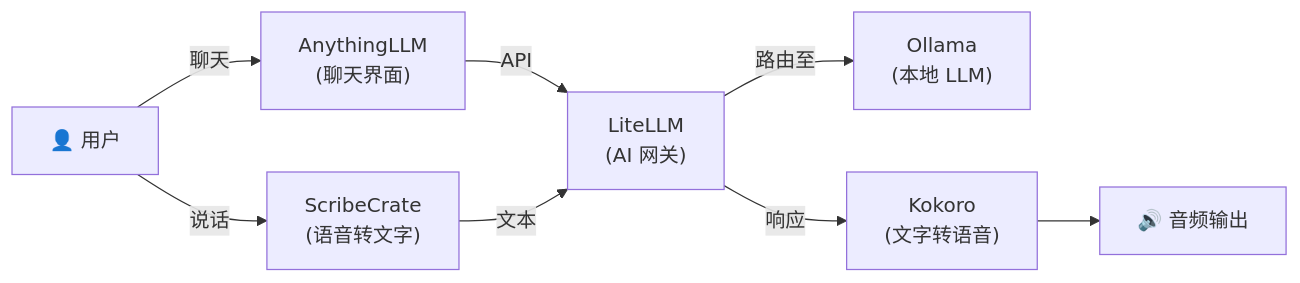
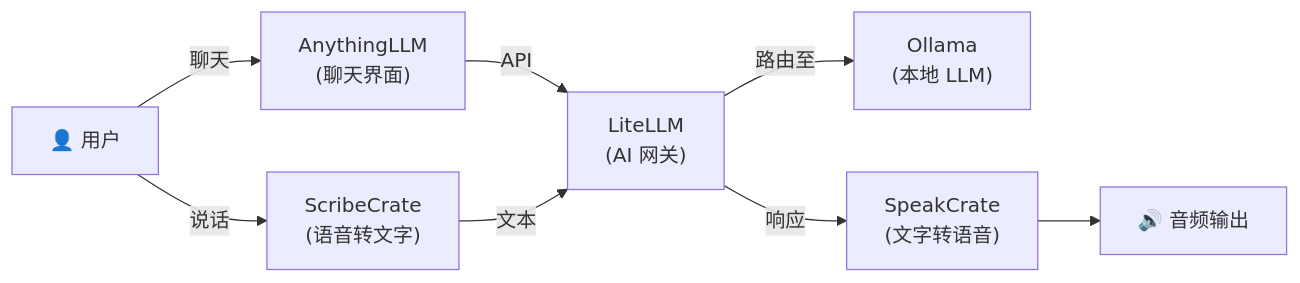
The diagram in stacks/voice-chat/README-zh.md (hwdsl2/self-hosted-ai-stack), drawn with Mermaid before and after one commit. The commit also changed other lines of this file and 26 other files, not shown here.

````diff
--- a/stacks/voice-chat/README-zh.md
+++ b/stacks/voice-chat/README-zh.md
@@ -17,10 +17,10 @@
 ```mermaid
 graph LR
     U["👤 用户"] -->|聊天| A["AnythingLLM<br/>(聊天界面)"]
     U -->|说话| W["ScribeCrate<br/>(语音转文字)"]
     A -->|API| L["LiteLLM<br/>(AI 网关)"]
     L -->|路由至| O["Ollama<br/>(本地 LLM)"]
-    L -->|响应| K["Kokoro<br/>(文字转语音)"]
+    L -->|响应| K["SpeakCrate<br/>(文字转语音)"]
     K --> S["🔊 音频输出"]
     W -->|文本| L
 ```
````
